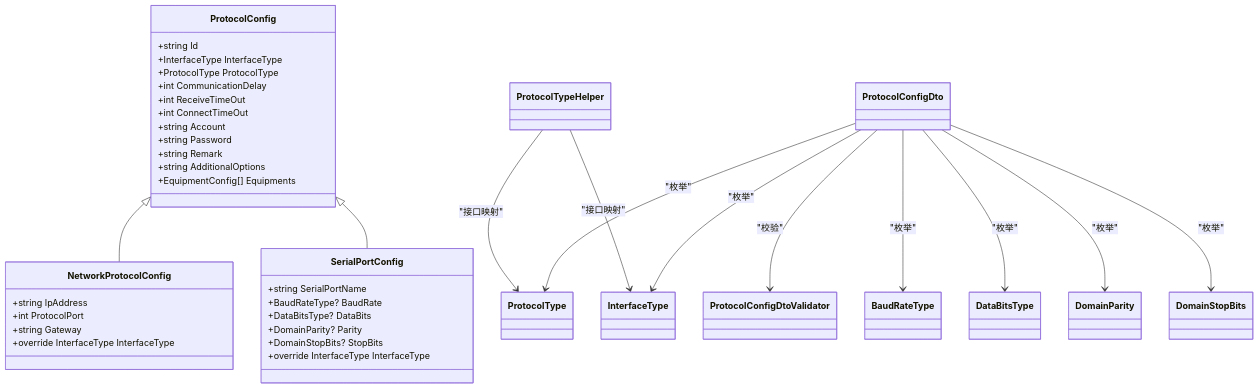
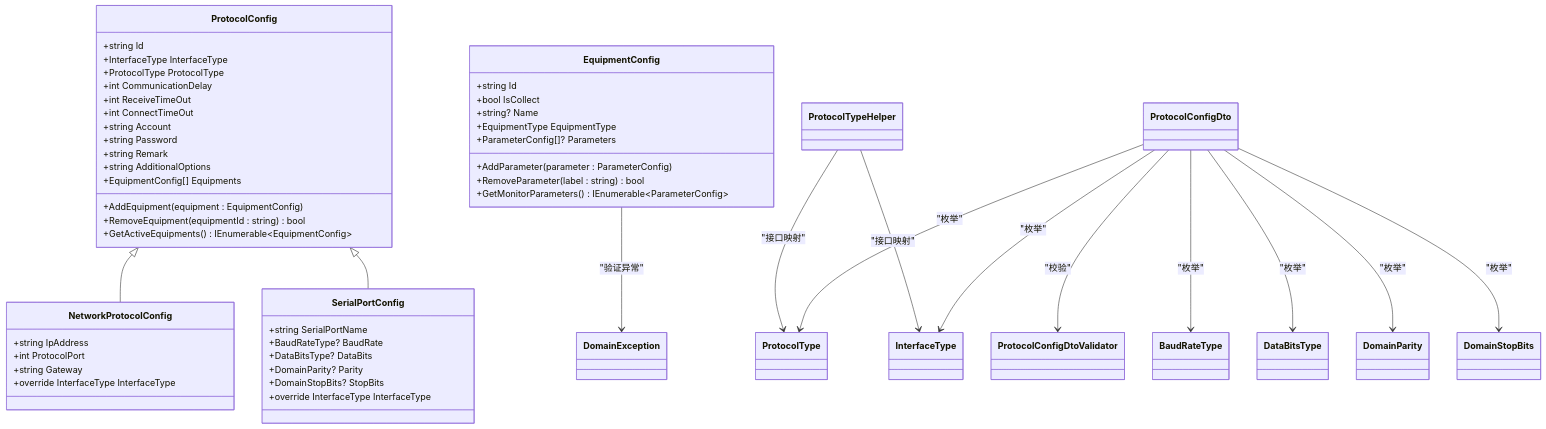
Before and after one commit to whitemousetl/IndustrialDataSolution: the second of 5 diagrams in .qoder/repowiki/zh/content/领域模型设计/协议配置模型.md, drawn with Mermaid. The commit also changed other lines of this file and 18 other files, not shown here.

````diff
--- a/.qoder/repowiki/zh/content/领域模型设计/协议配置模型.md
+++ b/.qoder/repowiki/zh/content/领域模型设计/协议配置模型.md
@@ -135,50 +148,65 @@
 ```mermaid
 classDiagram
 class ProtocolConfig {
 +string Id
 +InterfaceType InterfaceType
 +ProtocolType ProtocolType
 +int CommunicationDelay
 +int ReceiveTimeOut
 +int ConnectTimeOut
 +string Account
 +string Password
 +string Remark
 +string AdditionalOptions
 +EquipmentConfig[] Equipments
++AddEquipment(equipment : EquipmentConfig)
++RemoveEquipment(equipmentId : string) bool
++GetActiveEquipments() IEnumerable~EquipmentConfig~
 }
 class NetworkProtocolConfig {
 +string IpAddress
 +int ProtocolPort
 +string Gateway
 +override InterfaceType InterfaceType
 }
 class SerialPortConfig {
 +string SerialPortName
 +BaudRateType? BaudRate
 +DataBitsType? DataBits
 +DomainParity? Parity
 +DomainStopBits? StopBits
 +override InterfaceType InterfaceType
 }
+class EquipmentConfig {
++string Id
++bool IsCollect
++string? Name
++EquipmentType EquipmentType
++ParameterConfig[]? Parameters
++AddParameter(parameter : ParameterConfig)
++RemoveParameter(label : string) bool
++GetMonitorParameters() IEnumerable~ParameterConfig~
+}
 class ProtocolType
 class InterfaceType
 class BaudRateType
 class DataBitsType
 class DomainParity
 class DomainStopBits
 class ProtocolTypeHelper
 class ProtocolConfigDto
 class ProtocolConfigDtoValidator
+class DomainException
 ProtocolConfig <|-- NetworkProtocolConfig
 ProtocolConfig <|-- SerialPortConfig
+EquipmentConfig --> DomainException : "验证异常"
 ProtocolTypeHelper --> ProtocolType : "接口映射"
 ProtocolTypeHelper --> InterfaceType : "接口映射"
 ProtocolConfigDto --> ProtocolConfigDtoValidator : "校验"
 ProtocolConfigDto --> ProtocolType : "枚举"
 ProtocolConfigDto --> InterfaceType : "枚举"
 ProtocolConfigDto --> BaudRateType : "枚举"
 ProtocolConfigDto --> DataBitsType : "枚举"
 ProtocolConfigDto --> DomainParity : "枚举"
 ProtocolConfigDto --> DomainStopBits : "枚举"
 ```
````
